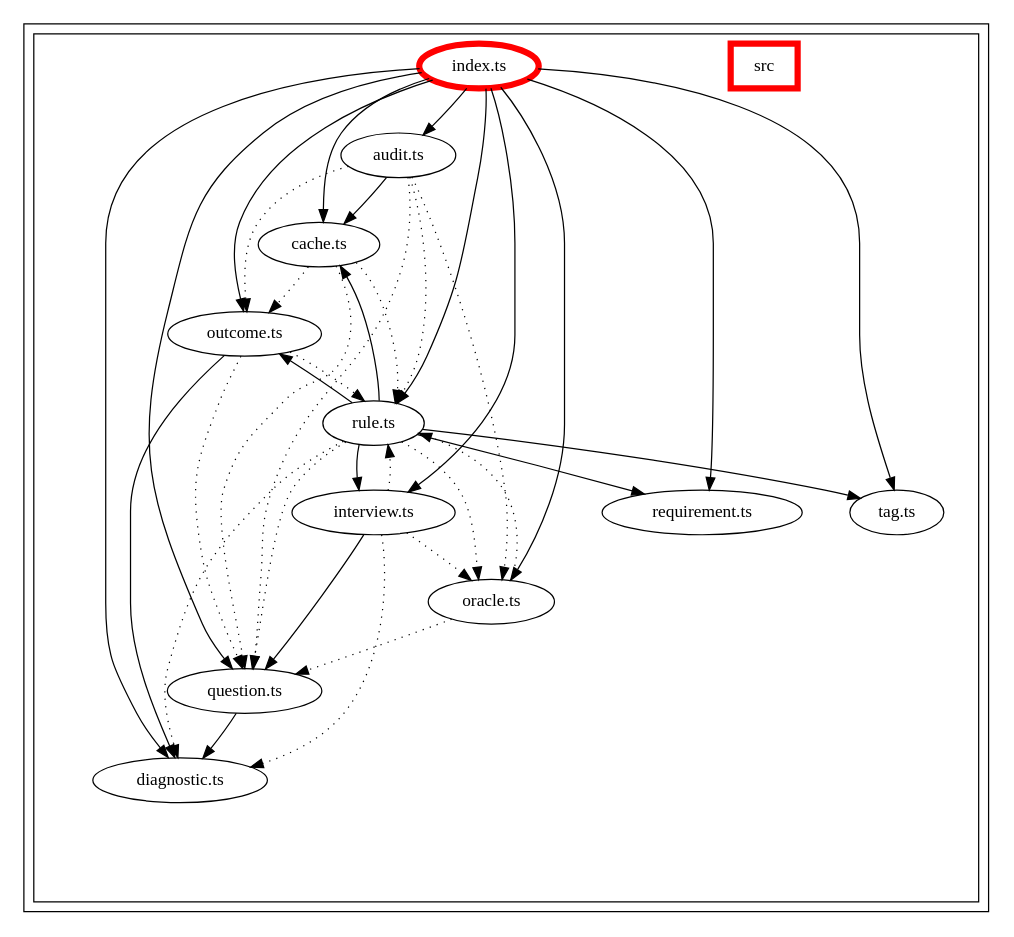
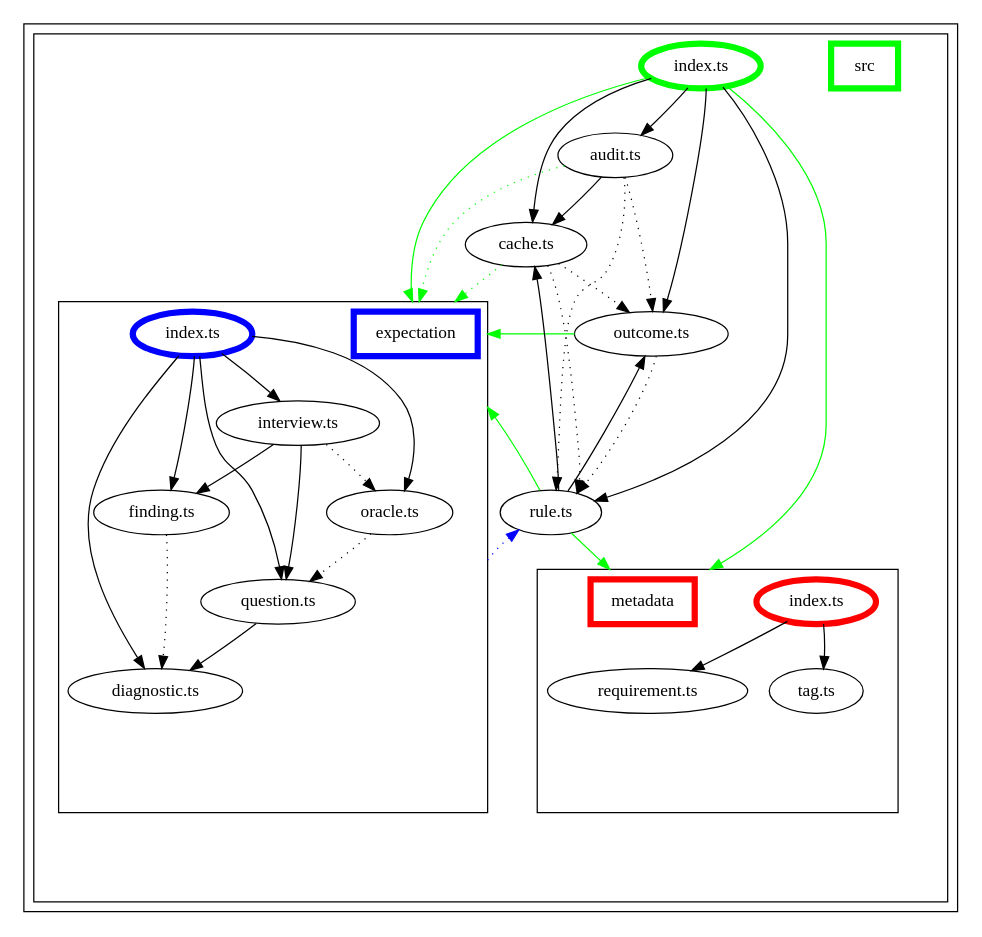
One commit to Siteimprove/alfa changed the diagram in packages/alfa-act/docs/dependency-graph.dot. Above: the diagram before and after it, drawn with Graphviz. The commit also changed 16 other files, not shown here.

```diff
--- a/packages/alfa-act/docs/dependency-graph.dot
+++ b/packages/alfa-act/docs/dependency-graph.dot
@@ -1,15 +1,21 @@
 digraph "dependency-graph-@siteimprove/alfa-act" {
   compound = true;
-  "src/diagnostic.ts";
+  "src/metadata/requirement.ts";
+  "src/metadata/tag.ts";
   "src/cache.ts";
-  "src/interview.ts";
-  "src/oracle.ts";
+  "src/expectation/index.ts";
+  "name_src/expectation";
+  "src/metadata/index.ts";
+  "name_src/metadata";
   "src/outcome.ts";
-  "src/question.ts";
-  "src/requirement.ts";
-  "src/tag.ts";
+  "src/expectation/diagnostic.ts";
+  "src/expectation/finding.ts";
+  "src/expectation/interview.ts";
+  "src/expectation/oracle.ts";
+  "src/expectation/question.ts";
+  "src/audit.ts";
   "src/rule.ts";
-  "src/audit.ts";
+  "exit_src/expectation";
   subgraph "cluster_src" {
     color = "#000000";
     label = "";
@@ -22,36 +28,18 @@
       "name_src" [
         penwidth = 5;
         shape = "rectangle";
-        color = "#ff0000";
+        color = "#00ff00";
         label = "src";
       ];
       "exit_src" [
         style = "invis";
       ];
-      "src/question.ts" [
-        label = "question.ts";
-      ];
-      "src/tag.ts" [
-        label = "tag.ts";
-      ];
       "src/rule.ts" [
         label = "rule.ts";
       ];
-      "src/oracle.ts" [
-        label = "oracle.ts";
-      ];
-      "src/diagnostic.ts" [
-        label = "diagnostic.ts";
-      ];
-      "src/interview.ts" [
-        label = "interview.ts";
-      ];
-      "src/requirement.ts" [
-        label = "requirement.ts";
-      ];
       "src/index.ts" [
         label = "index.ts";
-        color = "#ff0000";
+        color = "#00ff00";
         penwidth = 5;
       ];
       "src/outcome.ts" [
@@ -63,25 +51,112 @@
       "src/audit.ts" [
         label = "audit.ts";
       ];
-      "src/question.ts" -> "exit_src" [
-        style = "invis";
-      ];
-      "src/tag.ts" -> "exit_src" [
+      subgraph "cluster_src/metadata" {
+        color = "#000000";
+        label = "";
+        "name_src/metadata" [
+          penwidth = 5;
+          shape = "rectangle";
+          color = "#ff0000";
+          label = "metadata";
+        ];
+        "exit_src/metadata" [
+          style = "invis";
+        ];
+        "src/metadata/index.ts" [
+          label = "index.ts";
+          color = "#ff0000";
+          penwidth = 5;
+        ];
+        "src/metadata/requirement.ts" [
+          label = "requirement.ts";
+        ];
+        "src/metadata/tag.ts" [
+          label = "tag.ts";
+        ];
+        "src/metadata/index.ts" -> "exit_src/metadata" [
+          style = "invis";
+        ];
+        "src/metadata/requirement.ts" -> "exit_src/metadata" [
+          style = "invis";
+        ];
+        "src/metadata/tag.ts" -> "exit_src/metadata" [
+          style = "invis";
+        ];
+      }
+      subgraph "cluster_src/expectation" {
+        color = "#000000";
+        label = "";
+        "name_src/expectation" [
+          penwidth = 5;
+          shape = "rectangle";
+          color = "#0000ff";
+          label = "expectation";
+        ];
+        "exit_src/expectation" [
+          style = "invis";
+        ];
+        "src/expectation/question.ts" [
+          label = "question.ts";
+        ];
+        "src/expectation/diagnostic.ts" [
+          label = "diagnostic.ts";
+        ];
+        "src/expectation/finding.ts" [
+          label = "finding.ts";
+        ];
+        "src/expectation/index.ts" [
+          label = "index.ts";
+          color = "#0000ff";
+          penwidth = 5;
+        ];
+        "src/expectation/interview.ts" [
+          label = "interview.ts";
+        ];
+        "src/expectation/oracle.ts" [
+          label = "oracle.ts";
+        ];
+        "src/expectation/question.ts" -> "exit_src/expectation" [
+          style = "invis";
+        ];
+        "src/expectation/diagnostic.ts" -> "exit_src/expectation" [
+          style = "invis";
+        ];
+        "src/expectation/finding.ts" -> "exit_src/expectation" [
+          style = "invis";
+        ];
+        "src/expectation/index.ts" -> "exit_src/expectation" [
+          style = "invis";
+        ];
+        "src/expectation/interview.ts" -> "exit_src/expectation" [
+          style = "invis";
+        ];
+        "src/expectation/oracle.ts" -> "exit_src/expectation" [
+          style = "invis";
+        ];
+      }
+      "exit_src/metadata" -> "exit_src" [
         style = "invis";
       ];
       "src/rule.ts" -> "exit_src" [
         style = "invis";
       ];
-      "src/oracle.ts" -> "exit_src" [
+      "exit_src/expectation" -> "exit_src" [
         style = "invis";
       ];
-      "src/diagnostic.ts" -> "exit_src" [
+      "exit_src/metadata" -> "exit_src" [
         style = "invis";
       ];
-      "src/interview.ts" -> "exit_src" [
+      "exit_src/expectation" -> "exit_src" [
         style = "invis";
       ];
-      "src/requirement.ts" -> "exit_src" [
+      "exit_src/expectation" -> "exit_src" [
+        style = "invis";
+      ];
+      "exit_src/expectation" -> "exit_src" [
+        style = "invis";
+      ];
+      "exit_src/metadata" -> "exit_src" [
         style = "invis";
       ];
       "src/index.ts" -> "exit_src" [
@@ -93,7 +168,13 @@
       "src/cache.ts" -> "exit_src" [
         style = "invis";
       ];
+      "exit_src/expectation" -> "exit_src" [
+        style = "invis";
+      ];
       "src/audit.ts" -> "exit_src" [
+        style = "invis";
+      ];
+      "exit_src/expectation" -> "exit_src" [
         style = "invis";
       ];
     }
@@ -130,11 +211,27 @@
     "exit_src" -> "exit_src" [
       style = "invis";
     ];
+    "exit_src" -> "exit_src" [
+      style = "invis";
+    ];
+    "exit_src" -> "exit_src" [
+      style = "invis";
+    ];
+    "exit_src" -> "exit_src" [
+      style = "invis";
+    ];
   }
-  "src/question.ts" -> "src/diagnostic.ts" [
+  "src/metadata/index.ts" -> "src/metadata/requirement.ts" [
     style = "invis";
   ];
-  "src/question.ts" -> "src/diagnostic.ts" [
+  "src/metadata/index.ts" -> "src/metadata/requirement.ts" [
+    style = "solid";
+    color = "black";
+  ];
+  "src/metadata/index.ts" -> "src/metadata/tag.ts" [
+    style = "invis";
+  ];
+  "src/metadata/index.ts" -> "src/metadata/tag.ts" [
     style = "solid";
     color = "black";
   ];
@@ -145,26 +242,15 @@
     style = "solid";
     color = "black";
   ];
-  "src/rule.ts" -> "src/diagnostic.ts" [
-    style = "invis";
+  "src/rule.ts" -> "name_src/expectation" [
+    style = "solid";
+    color = "#00ff00";
+    lhead = "cluster_src/expectation";
   ];
-  "src/rule.ts" -> "src/diagnostic.ts" [
-    style = "dotted";
-    color = "black";
-  ];
-  "src/rule.ts" -> "src/interview.ts" [
-    style = "invis";
-  ];
-  "src/rule.ts" -> "src/interview.ts" [
+  "src/rule.ts" -> "name_src/metadata" [
     style = "solid";
-    color = "black";
-  ];
-  "src/rule.ts" -> "src/oracle.ts" [
-    style = "invis";
-  ];
-  "src/rule.ts" -> "src/oracle.ts" [
-    style = "dotted";
-    color = "black";
+    color = "#00ff00";
+    lhead = "cluster_src/metadata";
   ];
   "src/rule.ts" -> "src/outcome.ts" [
     style = "invis";
@@ -173,67 +259,53 @@
     style = "solid";
     color = "black";
   ];
-  "src/rule.ts" -> "src/question.ts" [
+  "src/expectation/question.ts" -> "src/expectation/diagnostic.ts" [
     style = "invis";
   ];
-  "src/rule.ts" -> "src/question.ts" [
+  "src/expectation/question.ts" -> "src/expectation/diagnostic.ts" [
+    style = "solid";
+    color = "black";
+  ];
+  "src/expectation/finding.ts" -> "src/expectation/diagnostic.ts" [
+    style = "invis";
+  ];
+  "src/expectation/finding.ts" -> "src/expectation/diagnostic.ts" [
     style = "dotted";
     color = "black";
   ];
-  "src/rule.ts" -> "src/requirement.ts" [
+  "src/expectation/index.ts" -> "src/expectation/diagnostic.ts" [
     style = "invis";
   ];
-  "src/rule.ts" -> "src/requirement.ts" [
+  "src/expectation/index.ts" -> "src/expectation/diagnostic.ts" [
     style = "solid";
     color = "black";
   ];
-  "src/rule.ts" -> "src/tag.ts" [
+  "src/expectation/index.ts" -> "src/expectation/finding.ts" [
     style = "invis";
   ];
-  "src/rule.ts" -> "src/tag.ts" [
+  "src/expectation/index.ts" -> "src/expectation/finding.ts" [
     style = "solid";
     color = "black";
   ];
-  "src/oracle.ts" -> "src/question.ts" [
+  "src/expectation/index.ts" -> "src/expectation/interview.ts" [
     style = "invis";
   ];
-  "src/oracle.ts" -> "src/question.ts" [
-    style = "dotted";
-    color = "black";
-  ];
-  "src/oracle.ts" -> "src/rule.ts" [
-    style = "invis";
-  ];
-  "src/oracle.ts" -> "src/rule.ts" [
-    style = "dotted";
-    color = "black";
-  ];
-  "src/interview.ts" -> "src/diagnostic.ts" [
-    style = "invis";
-  ];
-  "src/interview.ts" -> "src/diagnostic.ts" [
-    style = "dotted";
-    color = "black";
-  ];
-  "src/interview.ts" -> "src/oracle.ts" [
-    style = "invis";
-  ];
-  "src/interview.ts" -> "src/oracle.ts" [
-    style = "dotted";
-    color = "black";
-  ];
-  "src/interview.ts" -> "src/question.ts" [
-    style = "invis";
-  ];
-  "src/interview.ts" -> "src/question.ts" [
+  "src/expectation/index.ts" -> "src/expectation/interview.ts" [
     style = "solid";
     color = "black";
   ];
-  "src/interview.ts" -> "src/rule.ts" [
+  "src/expectation/index.ts" -> "src/expectation/oracle.ts" [
     style = "invis";
   ];
-  "src/interview.ts" -> "src/rule.ts" [
-    style = "dotted";
+  "src/expectation/index.ts" -> "src/expectation/oracle.ts" [
+    style = "solid";
+    color = "black";
+  ];
+  "src/expectation/index.ts" -> "src/expectation/question.ts" [
+    style = "invis";
+  ];
+  "src/expectation/index.ts" -> "src/expectation/question.ts" [
+    style = "solid";
     color = "black";
   ];
   "src/index.ts" -> "src/audit.ts" [
@@ -250,45 +322,20 @@
     style = "solid";
     color = "black";
   ];
-  "src/index.ts" -> "src/diagnostic.ts" [
-    style = "invis";
+  "src/index.ts" -> "name_src/expectation" [
+    style = "solid";
+    color = "#00ff00";
+    lhead = "cluster_src/expectation";
   ];
-  "src/index.ts" -> "src/diagnostic.ts" [
+  "src/index.ts" -> "name_src/metadata" [
     style = "solid";
-    color = "black";
-  ];
-  "src/index.ts" -> "src/interview.ts" [
-    style = "invis";
-  ];
-  "src/index.ts" -> "src/interview.ts" [
-    style = "solid";
-    color = "black";
-  ];
-  "src/index.ts" -> "src/oracle.ts" [
-    style = "invis";
-  ];
-  "src/index.ts" -> "src/oracle.ts" [
-    style = "solid";
-    color = "black";
+    color = "#00ff00";
+    lhead = "cluster_src/metadata";
   ];
   "src/index.ts" -> "src/outcome.ts" [
     style = "invis";
   ];
   "src/index.ts" -> "src/outcome.ts" [
-    style = "solid";
-    color = "black";
-  ];
-  "src/index.ts" -> "src/question.ts" [
-    style = "invis";
-  ];
-  "src/index.ts" -> "src/question.ts" [
-    style = "solid";
-    color = "black";
-  ];
-  "src/index.ts" -> "src/requirement.ts" [
-    style = "invis";
-  ];
-  "src/index.ts" -> "src/requirement.ts" [
     style = "solid";
     color = "black";
   ];
@@ -299,26 +346,10 @@
     style = "solid";
     color = "black";
   ];
-  "src/index.ts" -> "src/tag.ts" [
-    style = "invis";
-  ];
-  "src/index.ts" -> "src/tag.ts" [
+  "src/outcome.ts" -> "name_src/expectation" [
     style = "solid";
-    color = "black";
-  ];
-  "src/outcome.ts" -> "src/diagnostic.ts" [
-    style = "invis";
-  ];
-  "src/outcome.ts" -> "src/diagnostic.ts" [
-    style = "solid";
-    color = "black";
-  ];
-  "src/outcome.ts" -> "src/question.ts" [
-    style = "invis";
-  ];
-  "src/outcome.ts" -> "src/question.ts" [
-    style = "dotted";
-    color = "black";
+    color = "#00ff00";
+    lhead = "cluster_src/expectation";
   ];
   "src/outcome.ts" -> "src/rule.ts" [
     style = "invis";
@@ -327,17 +358,15 @@
     style = "dotted";
     color = "black";
   ];
+  "src/cache.ts" -> "name_src/expectation" [
+    style = "dotted";
+    color = "#00ff00";
+    lhead = "cluster_src/expectation";
+  ];
   "src/cache.ts" -> "src/outcome.ts" [
     style = "invis";
   ];
   "src/cache.ts" -> "src/outcome.ts" [
-    style = "dotted";
-    color = "black";
-  ];
-  "src/cache.ts" -> "src/question.ts" [
-    style = "invis";
-  ];
-  "src/cache.ts" -> "src/question.ts" [
     style = "dotted";
     color = "black";
   ];
@@ -348,6 +377,35 @@
     style = "dotted";
     color = "black";
   ];
+  "src/expectation/interview.ts" -> "src/expectation/finding.ts" [
+    style = "invis";
+  ];
+  "src/expectation/interview.ts" -> "src/expectation/finding.ts" [
+    style = "solid";
+    color = "black";
+  ];
+  "src/expectation/interview.ts" -> "src/expectation/oracle.ts" [
+    style = "invis";
+  ];
+  "src/expectation/interview.ts" -> "src/expectation/oracle.ts" [
+    style = "dotted";
+    color = "black";
+  ];
+  "src/expectation/interview.ts" -> "src/expectation/question.ts" [
+    style = "invis";
+  ];
+  "src/expectation/interview.ts" -> "src/expectation/question.ts" [
+    style = "solid";
+    color = "black";
+  ];
+  "src/expectation/interview.ts" -> "src/rule.ts" [
+    style = "invis";
+  ];
+  "exit_src/expectation" -> "src/rule.ts" [
+    style = "dotted";
+    color = "#0000ff";
+    ltail = "cluster_src/expectation";
+  ];
   "src/audit.ts" -> "src/cache.ts" [
     style = "invis";
   ];
@@ -355,24 +413,15 @@
     style = "solid";
     color = "black";
   ];
-  "src/audit.ts" -> "src/oracle.ts" [
-    style = "invis";
-  ];
-  "src/audit.ts" -> "src/oracle.ts" [
+  "src/audit.ts" -> "name_src/expectation" [
     style = "dotted";
-    color = "black";
+    color = "#00ff00";
+    lhead = "cluster_src/expectation";
   ];
   "src/audit.ts" -> "src/outcome.ts" [
     style = "invis";
   ];
   "src/audit.ts" -> "src/outcome.ts" [
-    style = "dotted";
-    color = "black";
-  ];
-  "src/audit.ts" -> "src/question.ts" [
-    style = "invis";
-  ];
-  "src/audit.ts" -> "src/question.ts" [
     style = "dotted";
     color = "black";
   ];
@@ -383,4 +432,19 @@
     style = "dotted";
     color = "black";
   ];
+  "src/expectation/oracle.ts" -> "src/expectation/question.ts" [
+    style = "invis";
+  ];
+  "src/expectation/oracle.ts" -> "src/expectation/question.ts" [
+    style = "dotted";
+    color = "black";
+  ];
+  "src/expectation/oracle.ts" -> "src/rule.ts" [
+    style = "invis";
+  ];
+  "exit_src/expectation" -> "src/rule.ts" [
+    style = "invis";
+    color = "#0000ff";
+    ltail = "cluster_src/expectation";
+  ];
 }
```
